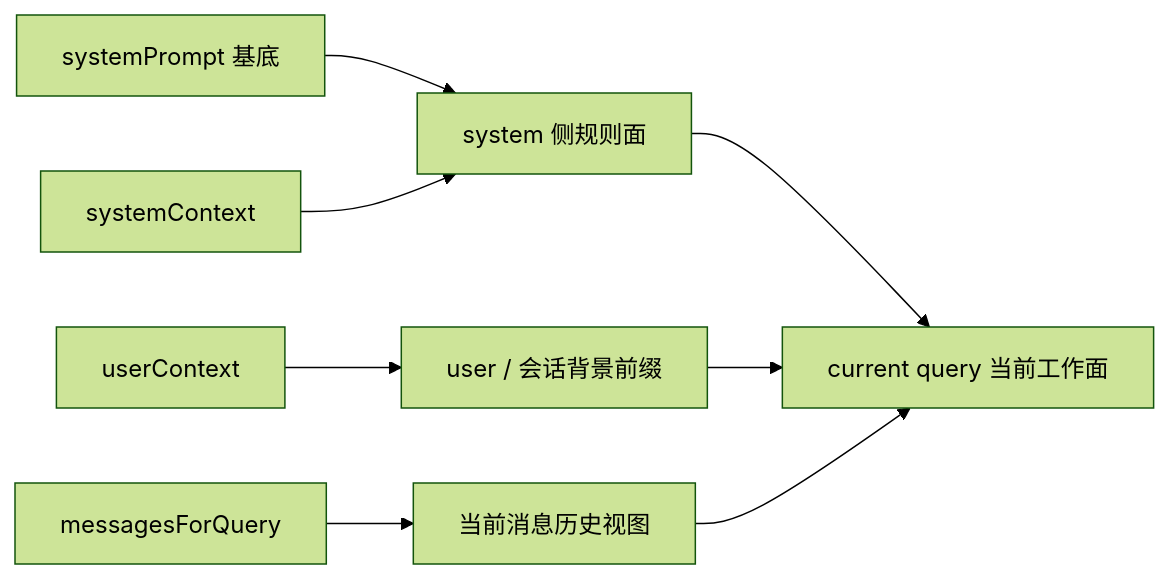
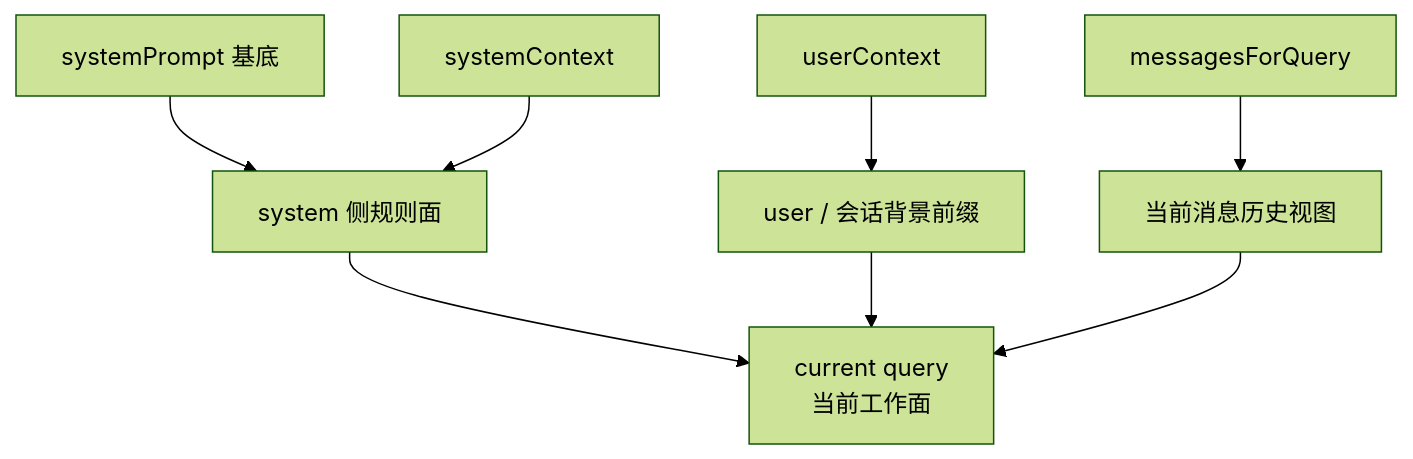
One commit to T0UGH/claude-code-source-guide changed the diagram in docs/guidebookv2/volume-2/04-how-the-current-query-is-organized.md. Above: the diagram before and after it, drawn with Mermaid (forest theme). The commit also changed other lines of this file and 6 other files, not shown here.

````diff
--- a/docs/guidebookv2/volume-2/04-how-the-current-query-is-organized.md
+++ b/docs/guidebookv2/volume-2/04-how-the-current-query-is-organized.md
@@ -171,10 +162,10 @@
 ```mermaid
-flowchart LR
+flowchart TD
     A[systemPrompt 基底] --> D[system 侧规则面]
     B[systemContext] --> D
     C[userContext] --> E[user / 会话背景前缀]
     F[messagesForQuery] --> G[当前消息历史视图]
-    D --> H[current query 当前工作面]
+    D --> H[current query<br/>当前工作面]
     E --> H
     G --> H
 ```
````
